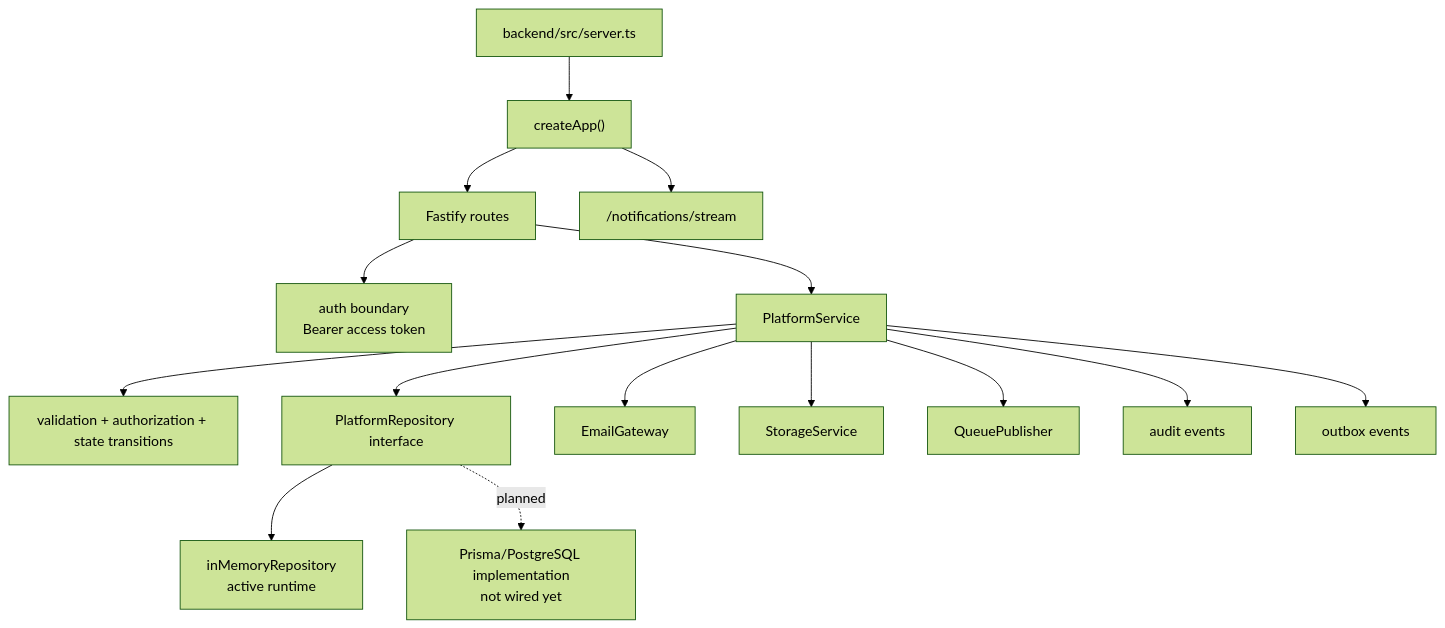
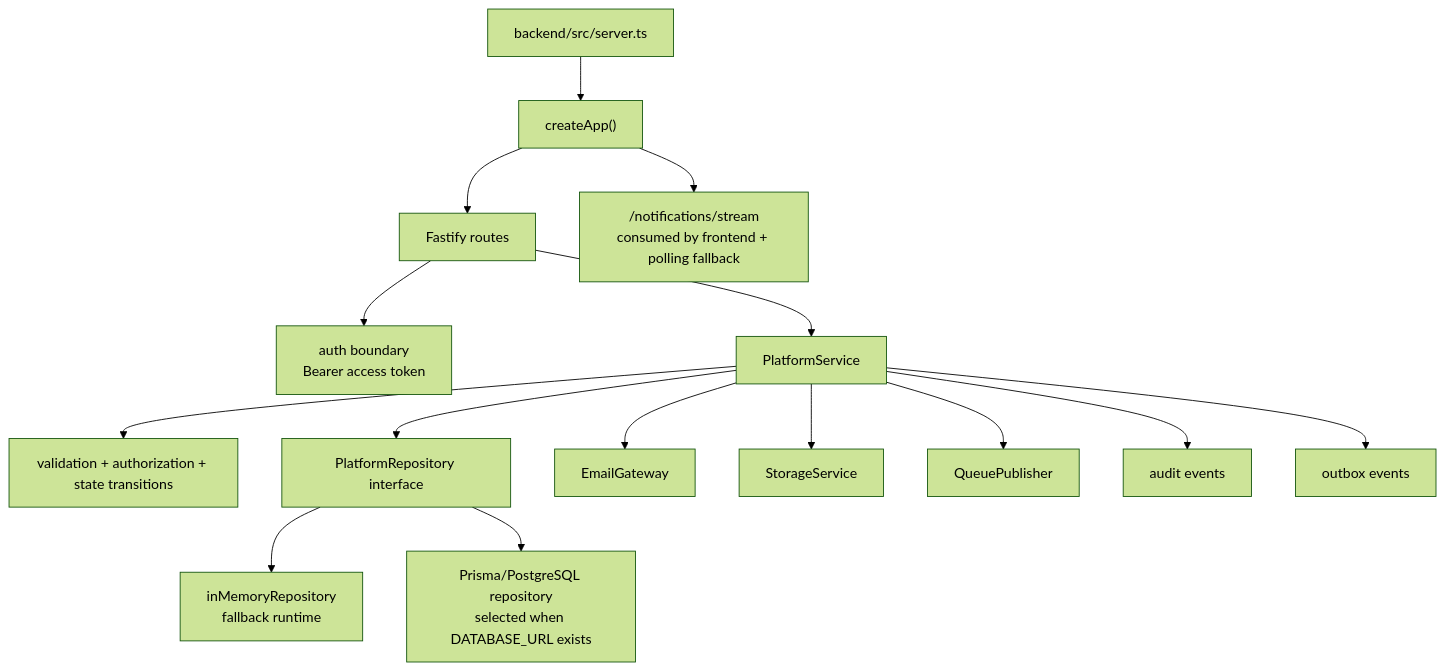
One commit to Pulsator01/MentorMe changed the third of 6 diagrams in docs/system-architecture.md. Above: the diagram before and after it, drawn with Mermaid (forest theme). The commit also changed other lines of this file and 4 other files, not shown here.

````diff
--- a/docs/system-architecture.md
+++ b/docs/system-architecture.md
@@ -138,20 +144,20 @@
 ```mermaid
 flowchart TD
     SERVER["backend/src/server.ts"] --> APP["createApp()"]
     APP --> ROUTES["Fastify routes"]
     ROUTES --> AUTH["auth boundary<br/>Bearer access token"]
     ROUTES --> SERVICE["PlatformService"]
 
     SERVICE --> RULES["validation + authorization + state transitions"]
     SERVICE --> REPO["PlatformRepository interface"]
     SERVICE --> EMAIL["EmailGateway"]
     SERVICE --> STORAGE["StorageService"]
     SERVICE --> QUEUE["QueuePublisher"]
 
-    REPO --> MEM["inMemoryRepository<br/>active runtime"]
-    REPO -. planned .-> PRISMA["Prisma/PostgreSQL implementation<br/>not wired yet"]
+    REPO --> MEM["inMemoryRepository<br/>fallback runtime"]
+    REPO --> PRISMA["Prisma/PostgreSQL repository<br/>selected when DATABASE_URL exists"]
 
     SERVICE --> AUDIT["audit events"]
     SERVICE --> OUTBOX["outbox events"]
-    APP --> SSE["/notifications/stream"]
+    APP --> SSE["/notifications/stream<br/>consumed by frontend + polling fallback"]
 ```
````
